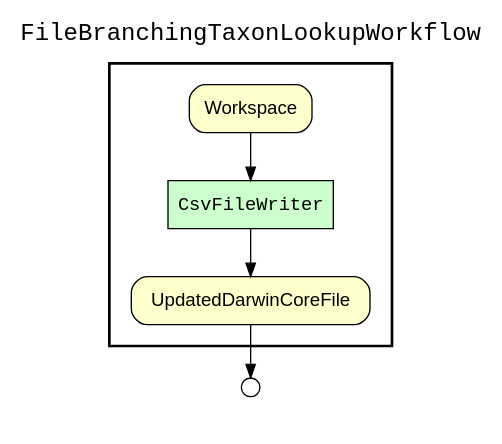
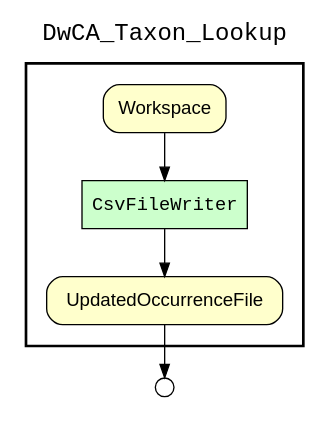
One commit to kurator-org/kurator-TDWG17-YW changed the diagram in kurator_FileBranchingTaxonLookup/workflows/results/wf_downstream_of_Workspace.gv. Above: the diagram before and after it, drawn with Graphviz. The commit also changed 68 other files, not shown here.

```diff
--- a/kurator_FileBranchingTaxonLookup/workflows/results/wf_downstream_of_Workspace.gv
+++ b/kurator_FileBranchingTaxonLookup/workflows/results/wf_downstream_of_Workspace.gv
@@ -1,28 +1,28 @@
 
 digraph yw_data_view {
 rankdir=TB
 fontname=Courier; fontsize=18; labelloc=t
-label="FileBranchingTaxonLookupWorkflow"
+label="DwCA_Taxon_Lookup"
 subgraph cluster_workflow { label=""; color=black; penwidth=2
 subgraph cluster_workflow_inner { label=""; color=white
 node[shape=box style="filled" fillcolor="#CCFFCC" peripheries=1 fontname=Courier]
 CsvFileWriter
 node[shape=box style="filled" fillcolor="#CCFFCC" peripheries=1 fontname=Courier]
 node[shape=box style="rounded,filled" fillcolor="#FFFFCC" peripheries=1 fontname=Helvetica]
 Workspace
-UpdatedDarwinCoreFile
+UpdatedOccurrenceFile
 node[shape=box style="rounded,filled" fillcolor="#FFFFFF" peripheries=1 fontname=Helvetica]
 }}
 subgraph cluster_inflows { label=""; color=white; penwidth=2
 subgraph cluster_inflows_inner { label=""; color=white
 node[shape=circle fillcolor="#FFFFFF" peripheries=1 width=0.2]
 }}
 subgraph cluster_outflows { label=""; color=white; penwidth=2
 subgraph cluster_outflows_inner { label=""; color=white
 node[shape=circle fillcolor="#FFFFFF" peripheries=1 width=0.2]
-UpdatedDarwinCoreFile_outflow [label=""]
+UpdatedOccurrenceFile_outflow [label=""]
 }}
-CsvFileWriter -> UpdatedDarwinCoreFile
+CsvFileWriter -> UpdatedOccurrenceFile
 Workspace -> CsvFileWriter
-UpdatedDarwinCoreFile -> UpdatedDarwinCoreFile_outflow
+UpdatedOccurrenceFile -> UpdatedOccurrenceFile_outflow
 }
```
